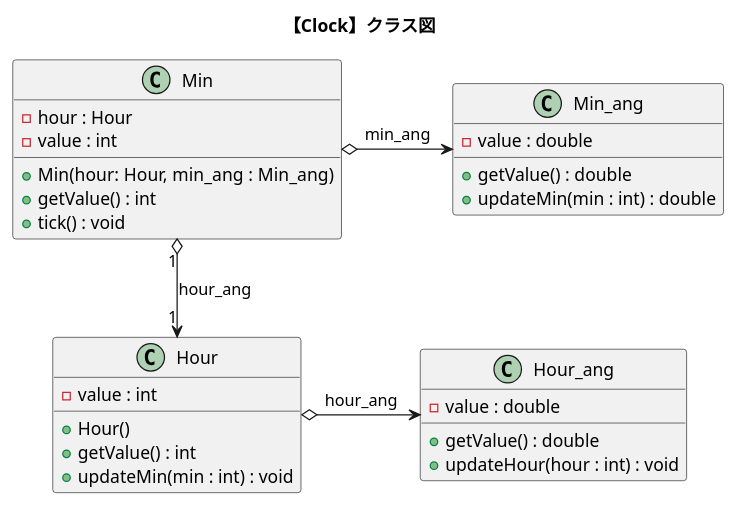
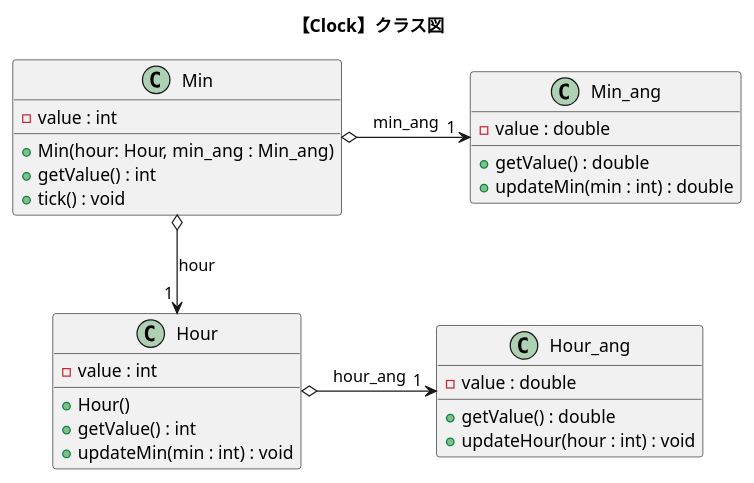
Before and after one commit to nitta-lab/TwoStagesModelingExperiments: the diagram in puml/classes/clock_class_push.puml, drawn with PlantUML. The commit also changed 23 other files, not shown here.

Commit message:
シーケンス図の追加

```diff
--- a/puml/classes/clock_class_push.puml
+++ b/puml/classes/clock_class_push.puml
@@ -1,38 +1,36 @@
-@startuml 【Clock】 Class-Diagram
+@startuml clock_class_push
 title "【Clock】クラス図"
 
 together {
     class "Hour"{
         -value : int
         +Hour()
         +getValue() : int
         +updateMin(min : int) : void
     }
 
     class "Min"{
-        -hour : Hour
         -value : int
         +Min(hour: Hour, min_ang : Min_ang)
         +getValue() : int
         +tick() : void
     }
 }
 
 class "Min_ang"{
     -value : double
     +getValue() : double
     +updateMin(min : int) : double
 }
 
 class "Hour_ang"{
     -value : double
     +getValue() : double
     +updateHour(hour : int) : void
 }
 
-Min "1" o-down-> "1" Hour : hour_ang
-Min o-right-> Min_ang : min_ang
-Hour o-right-> Hour_ang : hour_ang
-
+Min  o-down-> "1 " Hour : hour
+Min  o-right-> "1 " Min_ang : "  min_ang  "
+Hour o-right-> "1 " Hour_ang : "  hour_ang  "
 
 @enduml
```
